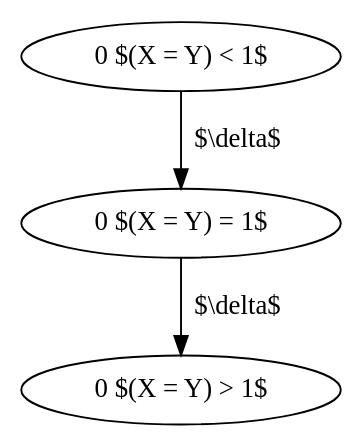
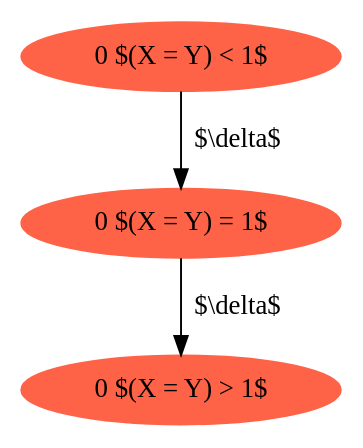
Before and after one commit to sguha100/bachelor-thesis: the diagram in thesis/breaking2-zones01.dot, drawn with Graphviz. The commit also changed 6 other files, not shown here.

```diff
--- a/thesis/breaking2-zones01.dot
+++ b/thesis/breaking2-zones01.dot
@@ -1,7 +1,7 @@
 digraph {
-"0 $(X = Y) < 1$";
-"0 $(X = Y) = 1$";
-"0 $(X = Y) > 1$";
+"0 $(X = Y) < 1$" [style=filled,color=tomato];
+"0 $(X = Y) = 1$" [style=filled,color=tomato];
+"0 $(X = Y) > 1$" [style=filled,color=tomato];
 "0 $(X = Y) < 1$" -> "0 $(X = Y) = 1$" [label = "$\\delta$"]
 "0 $(X = Y) = 1$" -> "0 $(X = Y) > 1$" [label = "$\\delta$"]
 }
```
